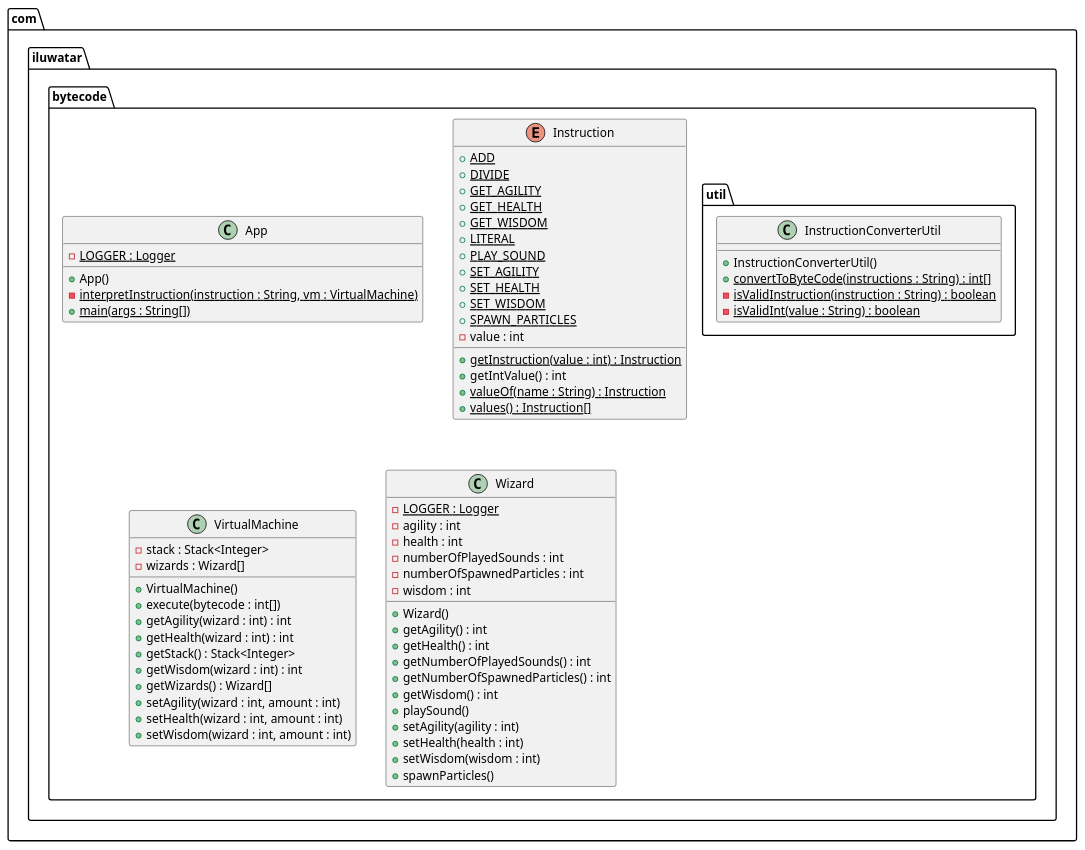
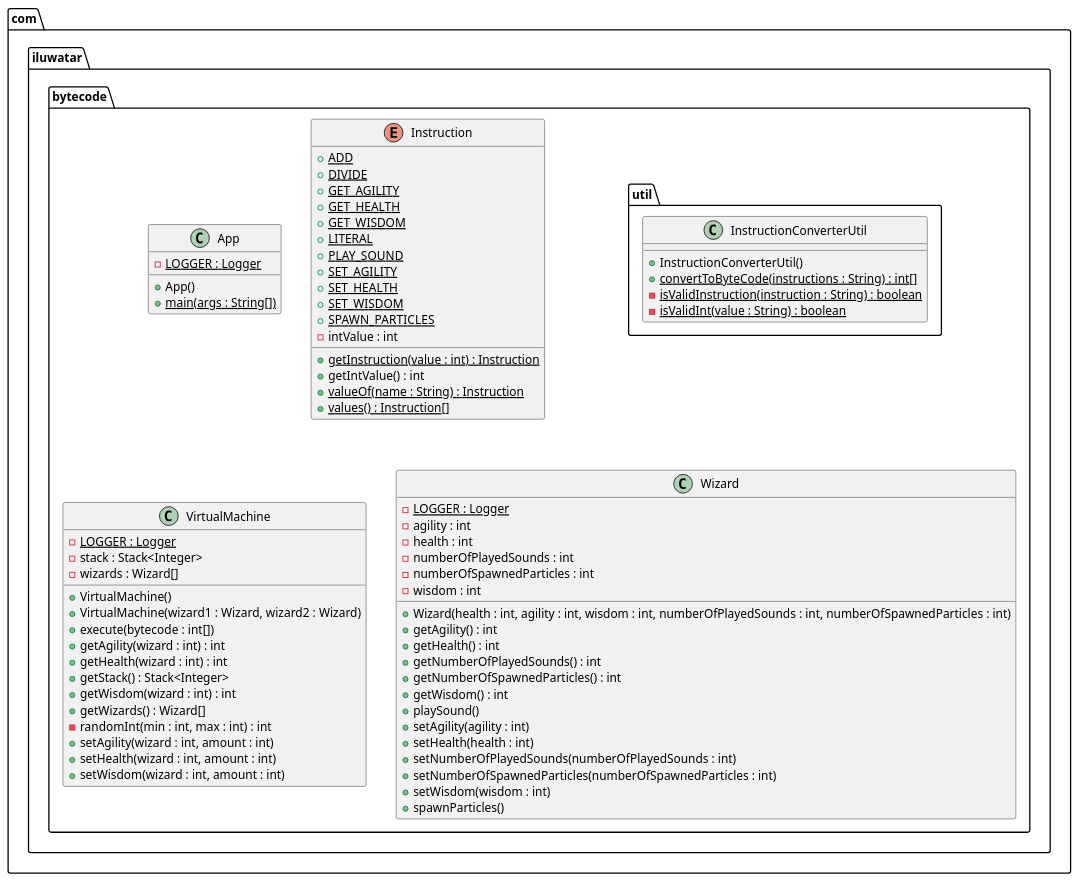
One commit to NatalieSty/java-design-patterns changed the diagram in bytecode/etc/bytecode.urm.puml. Above: the diagram before and after it, drawn with PlantUML. The commit also changed 9 other files, not shown here.

```diff
--- a/bytecode/etc/bytecode.urm.puml
+++ b/bytecode/etc/bytecode.urm.puml
@@ -1,69 +1,73 @@
 @startuml
 package com.iluwatar.bytecode {
   class App {
     - LOGGER : Logger {static}
     + App()
-    - interpretInstruction(instruction : String, vm : VirtualMachine) {static}
     + main(args : String[]) {static}
   }
   enum Instruction {
     + ADD {static}
     + DIVIDE {static}
     + GET_AGILITY {static}
     + GET_HEALTH {static}
     + GET_WISDOM {static}
     + LITERAL {static}
     + PLAY_SOUND {static}
     + SET_AGILITY {static}
     + SET_HEALTH {static}
     + SET_WISDOM {static}
     + SPAWN_PARTICLES {static}
-    - value : int
+    - intValue : int
     + getInstruction(value : int) : Instruction {static}
     + getIntValue() : int
     + valueOf(name : String) : Instruction {static}
     + values() : Instruction[] {static}
   }
   class VirtualMachine {
+    - LOGGER : Logger {static}
     - stack : Stack<Integer>
     - wizards : Wizard[]
     + VirtualMachine()
+    + VirtualMachine(wizard1 : Wizard, wizard2 : Wizard)
     + execute(bytecode : int[])
     + getAgility(wizard : int) : int
     + getHealth(wizard : int) : int
     + getStack() : Stack<Integer>
     + getWisdom(wizard : int) : int
     + getWizards() : Wizard[]
+    - randomInt(min : int, max : int) : int
     + setAgility(wizard : int, amount : int)
     + setHealth(wizard : int, amount : int)
     + setWisdom(wizard : int, amount : int)
   }
   class Wizard {
     - LOGGER : Logger {static}
     - agility : int
     - health : int
     - numberOfPlayedSounds : int
     - numberOfSpawnedParticles : int
     - wisdom : int
-    + Wizard()
+    + Wizard(health : int, agility : int, wisdom : int, numberOfPlayedSounds : int, numberOfSpawnedParticles : int)
     + getAgility() : int
     + getHealth() : int
     + getNumberOfPlayedSounds() : int
     + getNumberOfSpawnedParticles() : int
     + getWisdom() : int
     + playSound()
     + setAgility(agility : int)
     + setHealth(health : int)
+    + setNumberOfPlayedSounds(numberOfPlayedSounds : int)
+    + setNumberOfSpawnedParticles(numberOfSpawnedParticles : int)
     + setWisdom(wisdom : int)
     + spawnParticles()
   }
 }
 package com.iluwatar.bytecode.util {
   class InstructionConverterUtil {
     + InstructionConverterUtil()
     + convertToByteCode(instructions : String) : int[] {static}
     - isValidInstruction(instruction : String) : boolean {static}
     - isValidInt(value : String) : boolean {static}
   }
 }
 @enduml
```
